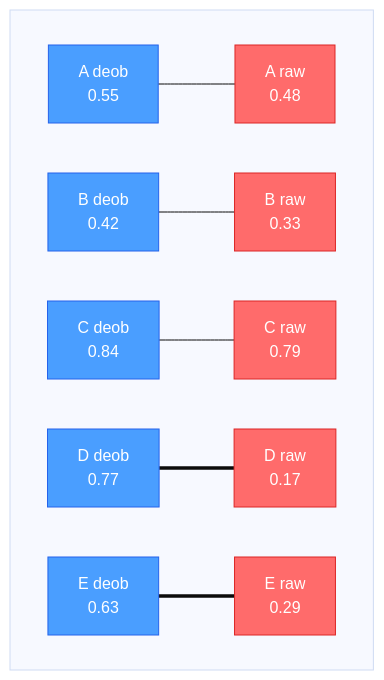
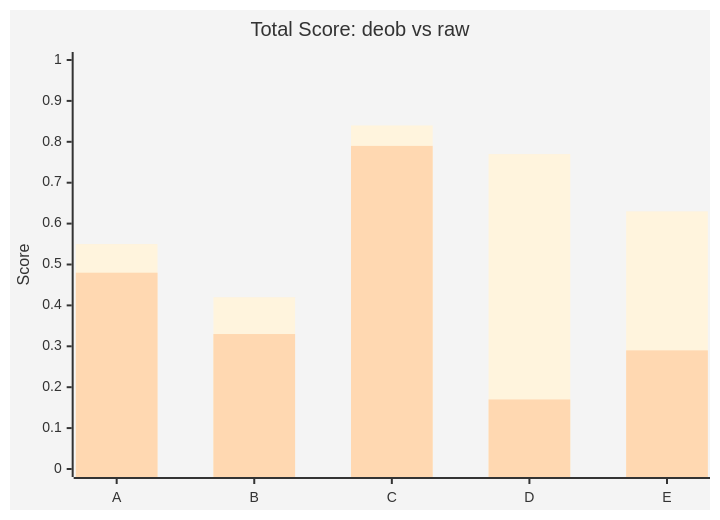
One commit to dolphinwesting248/deob changed the first of 4 diagrams in benchmark/experiments/2026-07-17-v1/report.md. Above: the diagram before and after it, drawn with Mermaid. The commit also changed other lines of this file, not shown here.

Commit message:
docs: restore xychart bar chart + replace improvement trend with pie chart

````diff
--- a/benchmark/experiments/2026-07-17-v1/report.md
+++ b/benchmark/experiments/2026-07-17-v1/report.md
@@ -24,14 +24,9 @@
 ```mermaid
-%%{init: {'theme': 'base'}}%%
-graph LR
-    subgraph L[" "]
-        direction LR
-        A_d["A deob<br/>0.55"]:::deob --- A_r["A raw<br/>0.48"]:::raw
-        B_d["B deob<br/>0.42"]:::deob --- B_r["B raw<br/>0.33"]:::raw
-        C_d["C deob<br/>0.84"]:::deob --- C_r["C raw<br/>0.79"]:::raw
-        D_d["D deob<br/>0.77"]:::deob === D_r["D raw<br/>0.17"]:::raw
-        E_d["E deob<br/>0.63"]:::deob === E_r["E raw<br/>0.29"]:::raw
-    end
-    classDef deob fill:#4a9eff,color:#fff,stroke:#2563eb
-    classDef raw fill:#ff6b6b,color:#fff,stroke:#dc2626
+%%{init: {'theme': 'base', 'themeVariables': {'fontSize': '14px'}}}%%
+xychart-beta
+    title "Total Score: deob vs raw"
+    x-axis ["A", "B", "C", "D", "E"]
+    y-axis "Score" 0 --> 1
+    bar [0.55, 0.42, 0.84, 0.77, 0.63]
+    bar [0.48, 0.33, 0.79, 0.17, 0.29]
 ```
````
